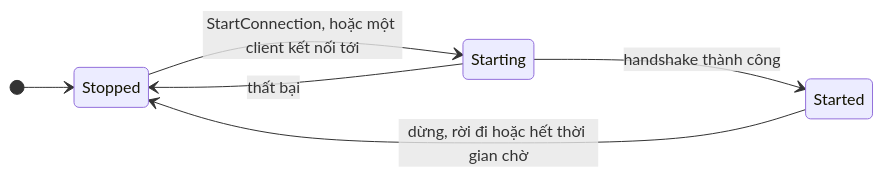
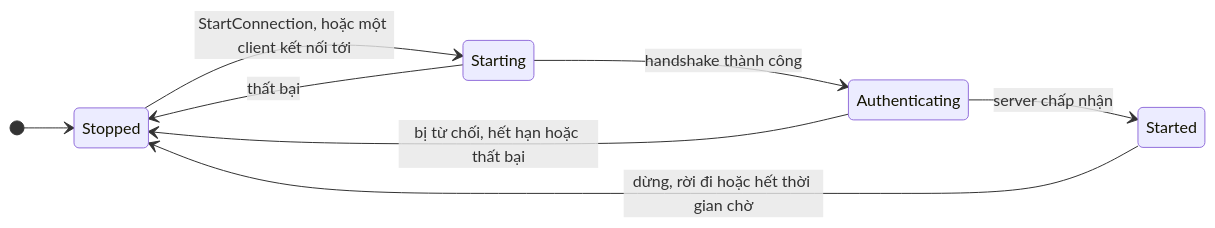
Before and after one commit to fomoxa/unity-docs: the diagram in vi/concepts/networking-model.md, drawn with Mermaid. The commit also changed other lines of this file and 33 other files, not shown here.

````diff
--- a/vi/concepts/networking-model.md
+++ b/vi/concepts/networking-model.md
@@ -58,9 +58,11 @@
 ```mermaid
 stateDiagram-v2
     direction LR
     [*] --> Stopped
     Stopped --> Starting: StartConnection, hoặc một client kết nối tới
-    Starting --> Started: handshake thành công
+    Starting --> Authenticating: handshake thành công
     Starting --> Stopped: thất bại
+    Authenticating --> Started: server chấp nhận
+    Authenticating --> Stopped: bị từ chối, hết hạn hoặc thất bại
     Started --> Stopped: dừng, rời đi hoặc hết thời gian chờ
 ```
````
